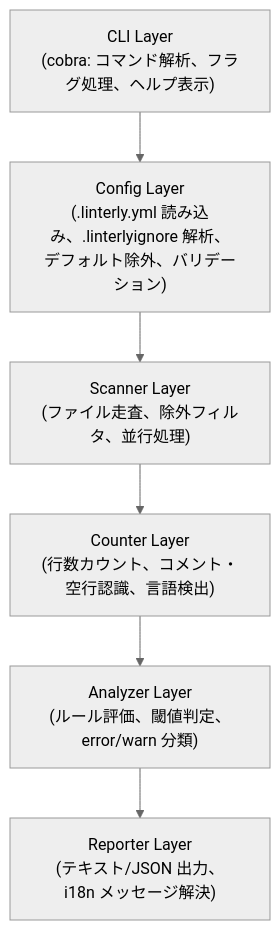
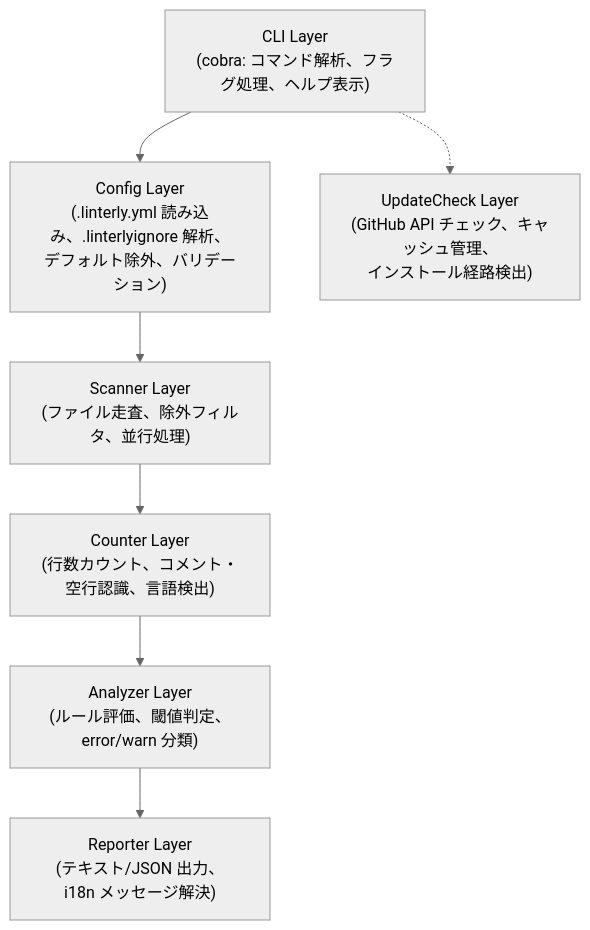
One commit to ousiassllc/Linterly changed the first of 3 diagrams in docs/architecture/overview.md. Above: the diagram before and after it, drawn with Mermaid (neutral theme). The commit also changed other lines of this file and 4 other files, not shown here.

````diff
--- a/docs/architecture/overview.md
+++ b/docs/architecture/overview.md
@@ -5,11 +5,13 @@
 ```mermaid
 graph TD
     A["CLI Layer<br/>(cobra: コマンド解析、フラグ処理、ヘルプ表示)"]
     B["Config Layer<br/>(.linterly.yml 読み込み、.linterlyignore 解析、<br/>デフォルト除外、バリデーション)"]
     C["Scanner Layer<br/>(ファイル走査、除外フィルタ、並行処理)"]
     D["Counter Layer<br/>(行数カウント、コメント・空行認識、言語検出)"]
     E["Analyzer Layer<br/>(ルール評価、閾値判定、error/warn 分類)"]
     F["Reporter Layer<br/>(テキスト/JSON 出力、i18n メッセージ解決)"]
+    G["UpdateCheck Layer<br/>(GitHub API チェック、キャッシュ管理、<br/>インストール経路検出)"]
 
     A --> B --> C --> D --> E --> F
+    A -.-> G
 ```
````
